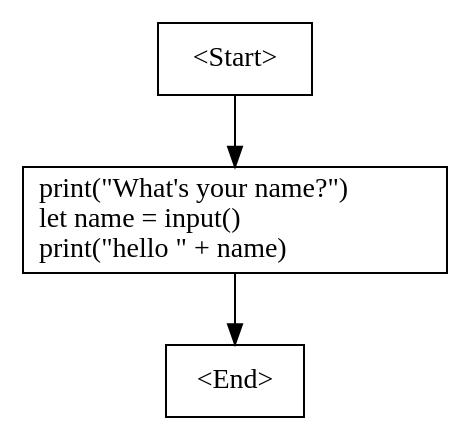
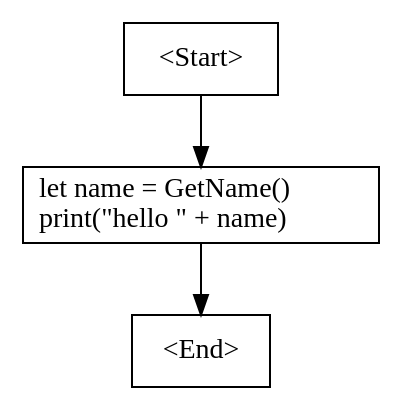
The diagram in src/Vivian.Compiler/bin/Debug/net5.0/cfg.dot (WaifuShork/Quartz), drawn with Graphviz before and after one commit. The commit also changed 883 other files, not shown here.

```diff
--- a/src/Vivian.Compiler/bin/Debug/net5.0/cfg.dot
+++ b/src/Vivian.Compiler/bin/Debug/net5.0/cfg.dot
@@ -1,7 +1,7 @@
 digraph G {
     N0 [label = "<Start>" shape = box]
-    N1 [label = "print(\"What's your name?\")\llet name = input()\lprint(\"hello \" + name)\l" shape = box]
+    N1 [label = "let name = GetName()\lprint(\"hello \" + name)\l" shape = box]
     N2 [label = "<End>" shape = box]
     N0 -> N1 [label = ""]
     N1 -> N2 [label = ""]
 }
```
